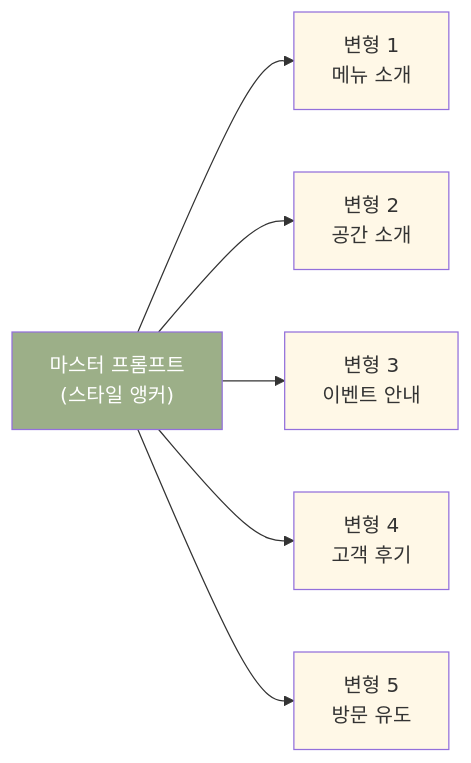
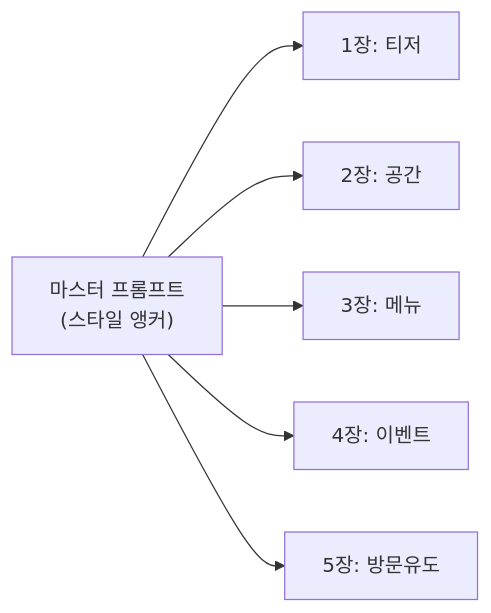
One commit to jsonpassion/forge-tutorial-promptcanvas changed the diagram in 03-ch3-chatgpt-이미지-생성-실전/05-05-chatgpt-이미지-생성-실무-프로젝트.md. Above: the diagram before and after it, drawn with Mermaid. The commit also changed other lines of this file and 63 other files, not shown here.

````diff
--- a/03-ch3-chatgpt-이미지-생성-실전/05-05-chatgpt-이미지-생성-실무-프로젝트.md
+++ b/03-ch3-chatgpt-이미지-생성-실전/05-05-chatgpt-이미지-생성-실무-프로젝트.md
@@ -92,15 +28,8 @@
 ```mermaid
 flowchart LR
-    M["마스터 프롬프트<br/>(스타일 앵커)"] --> V1["변형 1<br/>메뉴 소개"]
-    M --> V2["변형 2<br/>공간 소개"]
-    M --> V3["변형 3<br/>이벤트 안내"]
-    M --> V4["변형 4<br/>고객 후기"]
-    M --> V5["변형 5<br/>방문 유도"]
-
-    style M fill:#9CAF88,color:#fff
-    style V1 fill:#FFF8E7,color:#333
-    style V2 fill:#FFF8E7,color:#333
-    style V3 fill:#FFF8E7,color:#333
-    style V4 fill:#FFF8E7,color:#333
-    style V5 fill:#FFF8E7,color:#333
+    M["마스터 프롬프트<br/>(스타일 앵커)"] --> V1["1장: 티저"]
+    M --> V2["2장: 공간"]
+    M --> V3["3장: 메뉴"]
+    M --> V4["4장: 이벤트"]
+    M --> V5["5장: 방문유도"]
 ```
````
